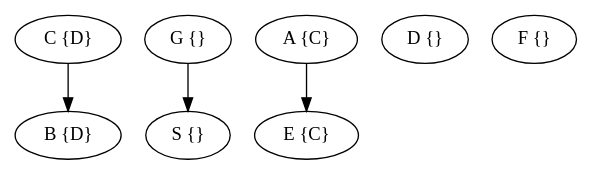
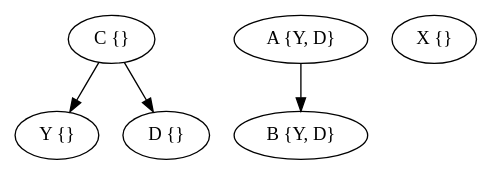
The diagram in output/grafo.dot (GiovA07/Pointer_Analysis), drawn with Graphviz before and after one commit. The commit also changed 19 other files, not shown here.

```diff
--- a/output/grafo.dot
+++ b/output/grafo.dot
@@ -1,14 +1,12 @@
 digraph{
 rankdir=TB;
-B [label="B {D}"];
-S [label="S {}"];
-C [label="C {D}"];
-A [label="A {C}"];
+C [label="C {}"];
+Y [label="Y {}"];
+B [label="B {Y, D}"];
+A [label="A {Y, D}"];
+X [label="X {}"];
 D [label="D {}"];
-G [label="G {}"];
-E [label="E {C}"];
-F [label="F {}"];
-C -> B;
-A -> E;
-G -> S;
+C -> Y;
+C -> D;
+A -> B;
 }
```
